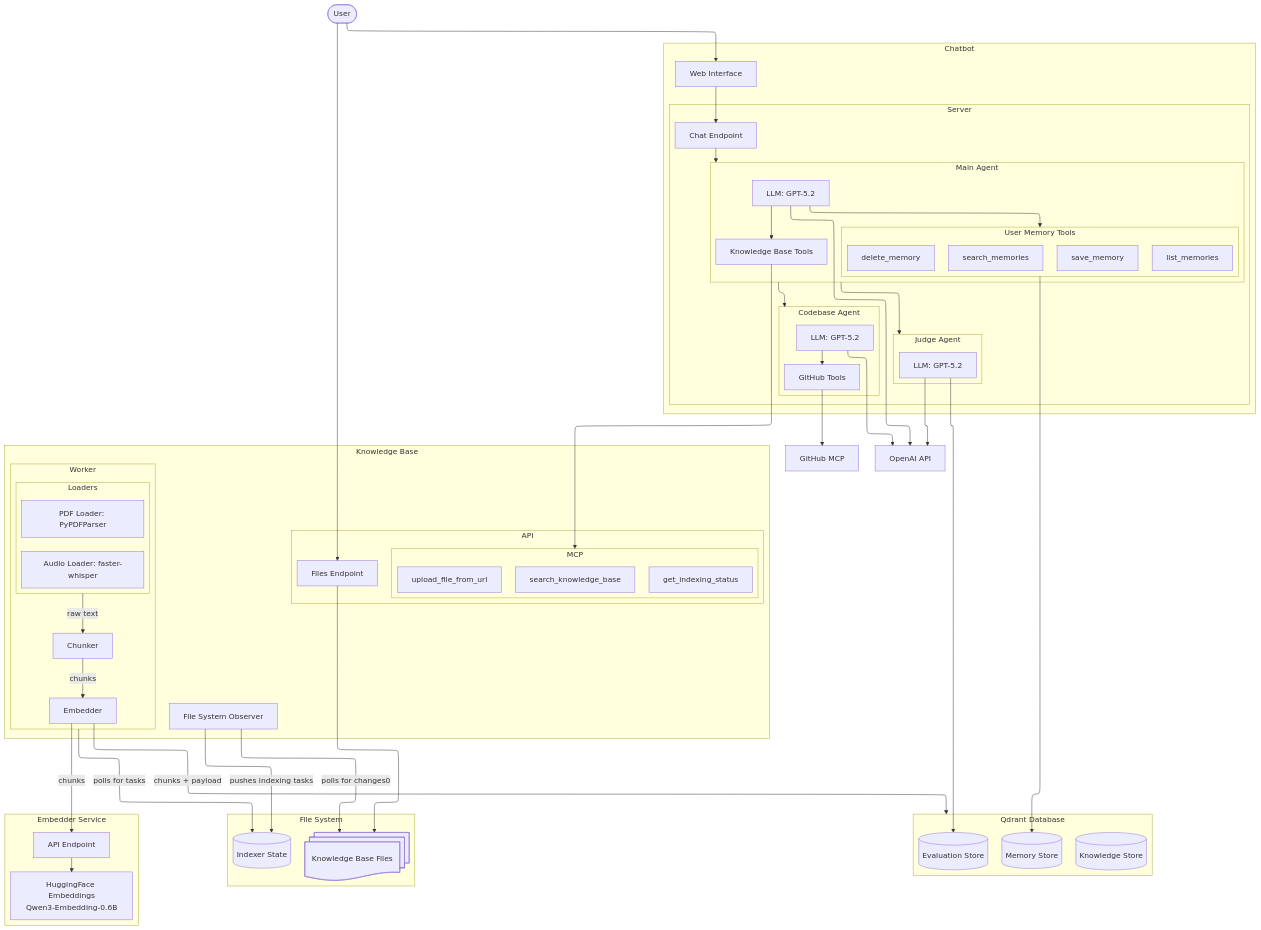
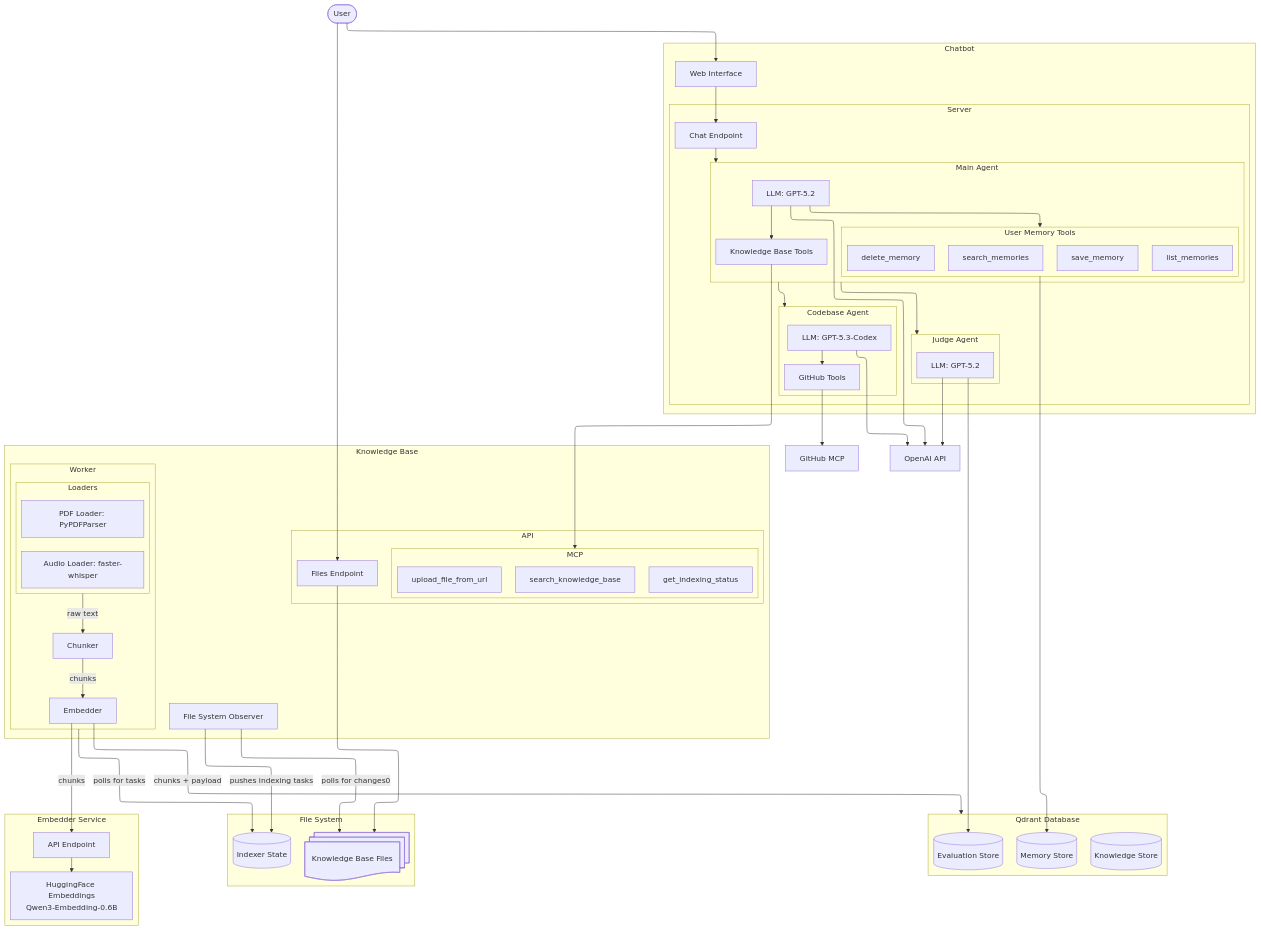
Before and after one commit to Anddrrew/ai_academy_capstone: the diagram in architecture.mmd, drawn with Mermaid. The commit also changed 2 other files, not shown here.

Commit message:
switch to 5.3-codex code explorer

```diff
--- a/architecture.mmd
+++ b/architecture.mmd
@@ -1,98 +1,98 @@
 ---
 config:
   layout: elk
   theme: default
 ---
 flowchart TB
   user([User])
   subgraph chatbot["Chatbot"]
     web_ui[Web Interface]
     subgraph server["Server"]
         chat_endpoint[Chat Endpoint]
         subgraph main_agent["Main Agent"]
             main_llm[LLM: GPT-5.2]
             subgraph memory_tools["User Memory Tools"]
                 search_memories
                 save_memory
                 delete_memory
                 list_memories
             end
             kb_tools[Knowledge Base Tools]
             main_llm --> kb_tools
             main_llm --> memory_tools
         end
         subgraph research_agent["Codebase Agent"]
-            research_llm[LLM: GPT-5.2]
+            research_llm[LLM: GPT-5.3-Codex]
             github_tools[GitHub Tools]
             research_llm --> github_tools
         end
         subgraph judge_agent["Judge Agent"]
             judge_llm[LLM: GPT-5.2]
         end
         chat_endpoint --> main_agent
         main_agent --> research_agent
         main_agent --> judge_agent
     end
     web_ui --> chat_endpoint
   end
   subgraph knowledge_base["Knowledge Base"]
     direction LR
     observer[File System Observer]
     subgraph worker["Worker"]
         chunker[Chunker]
         embed_chunks[Embedder]
         subgraph loaders["Loaders"]
             direction BT
             pdf_loader[PDF Loader: PyPDFParser]
             audio_loader[Audio Loader: faster-whisper]
         end
         loaders --> |raw text| chunker
         chunker --> |chunks| embed_chunks
     end
     subgraph kb_api["API"]
         files_endpoint[Files Endpoint]
         subgraph kb_mcp["MCP"]
             search_knowledge_base
             get_indexing_status
             upload_file_from_url
         end
     end
   end
   subgraph vector_db["Qdrant Database"]
     direction TB
     knowledge_store[(Knowledge Store)]
     evaluation_store[(Evaluation Store)]
     memory_store[(Memory Store)]
   end
   subgraph file_system["File System"]
     indexer_state[(Indexer State)]
     docs["Knowledge Base Files"]
   end
   subgraph embedder_service["Embedder Service"]
     direction TB
     embed_model["HuggingFace Embeddings<br/>Qwen3-Embedding-0.6B"]
     embed_api["API Endpoint"]
     embed_api --> embed_model
   end
 
 
   github_mcp[GitHub MCP]
   openai_api[OpenAI API]
   observer -->|polls for changes0| docs
   observer --> |pushes indexing tasks| indexer_state
   worker -->|polls for tasks| indexer_state
   user --> web_ui
   user --> files_endpoint --> docs
   kb_tools --> kb_mcp
   main_llm --> openai_api
   research_llm --> openai_api
   judge_llm --> openai_api
   judge_llm --> evaluation_store
   memory_tools --> memory_store
   github_tools --> github_mcp
 
   embed_chunks --> |chunks| embed_api
   embed_chunks ---> |chunks + payload| vector_db
 
 
   docs@{ shape: docs}
```
